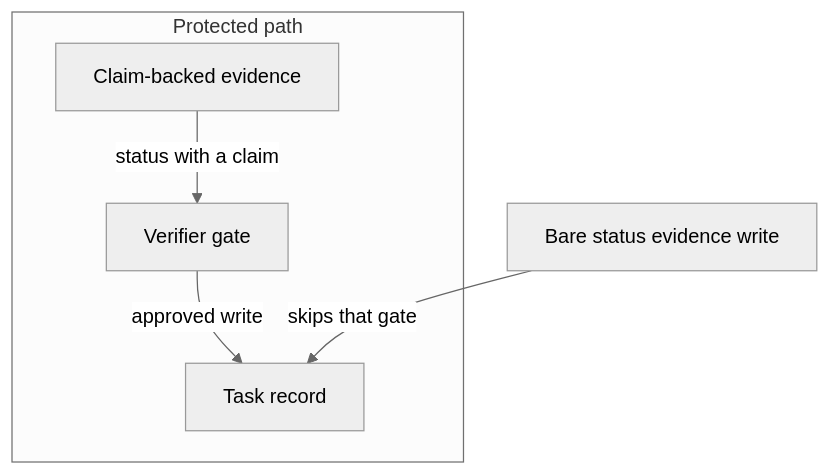
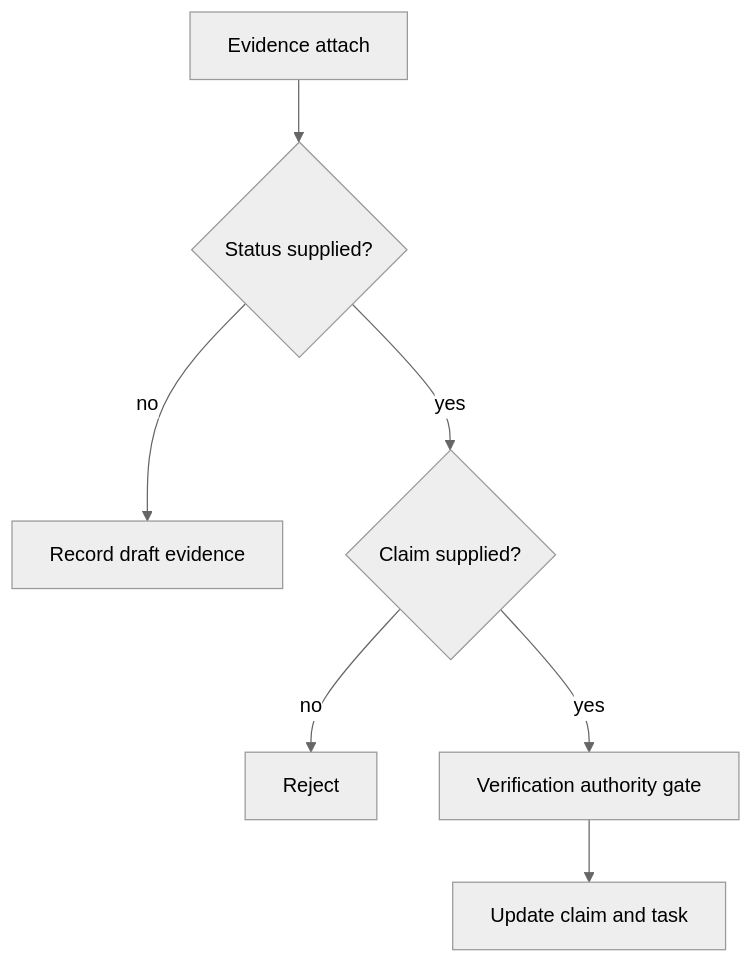
Before and after one commit to blue-az/operator-control-plane: the third of 4 diagrams in owners-manual/chapters/03-the-surfaces-and-records-you-actually-operate.md, drawn with Mermaid (neutral theme). The commit also changed other lines of this file and 19 other files, not shown here.

Commit message:
Enforce distinct UID verification authority

````diff
--- a/owners-manual/chapters/03-the-surfaces-and-records-you-actually-operate.md
+++ b/owners-manual/chapters/03-the-surfaces-and-records-you-actually-operate.md
@@ -64,12 +65,9 @@
 ```mermaid
 flowchart TD
-  subgraph Protected path
-    C[Claim-backed evidence]
-    G[Verifier gate]
-    T[Task record]
-    C -->|status with a claim| G
-    G -->|approved write| T
-  end
-  B[Bare status evidence write]
-  B -->|skips that gate| T
+  E[Evidence attach] --> S{Status supplied?}
+  S -->|no| D[Record draft evidence]
+  S -->|yes| C{Claim supplied?}
+  C -->|no| R[Reject]
+  C -->|yes| G[Verification authority gate]
+  G --> T[Update claim and task]
 ```
````
